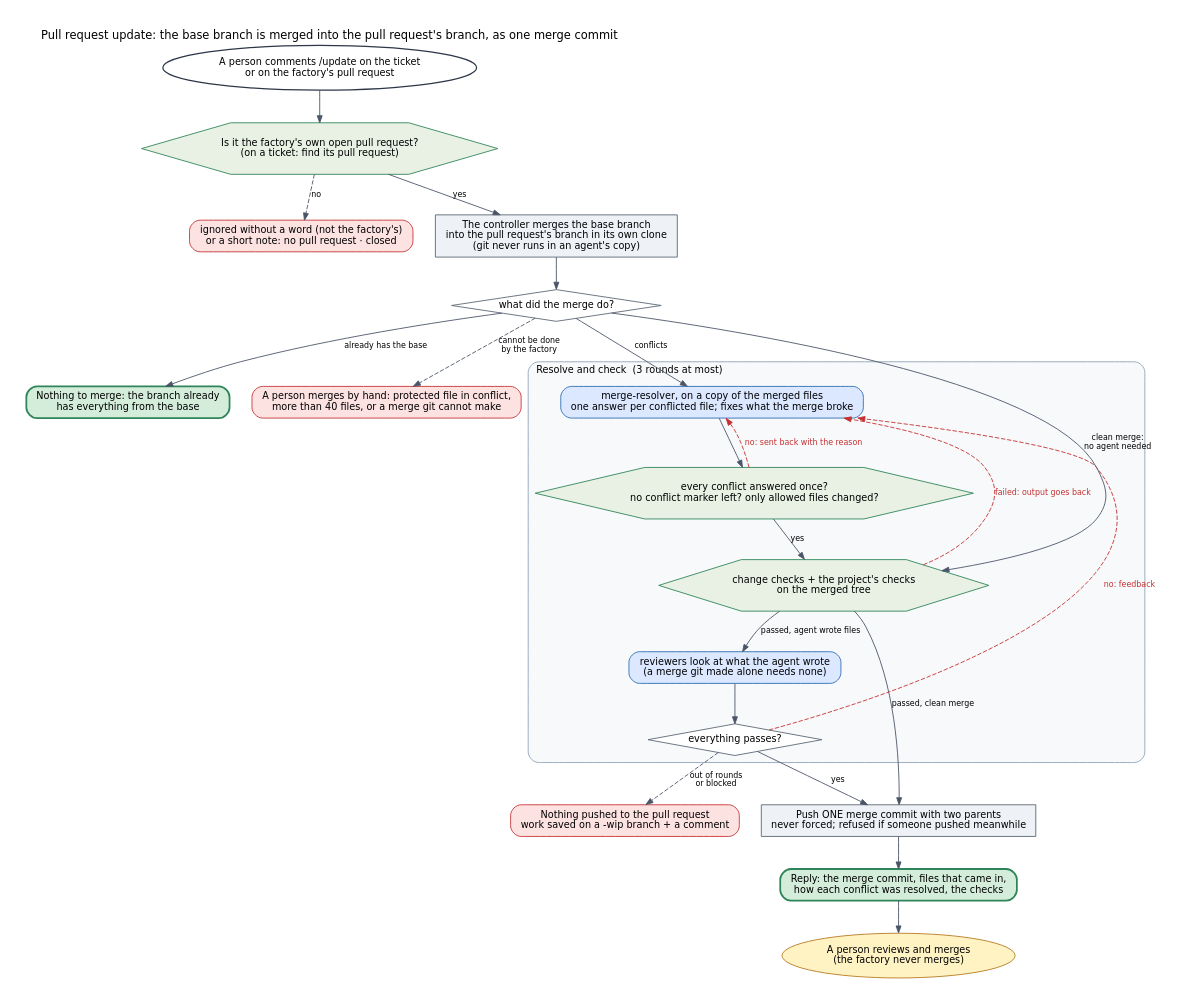
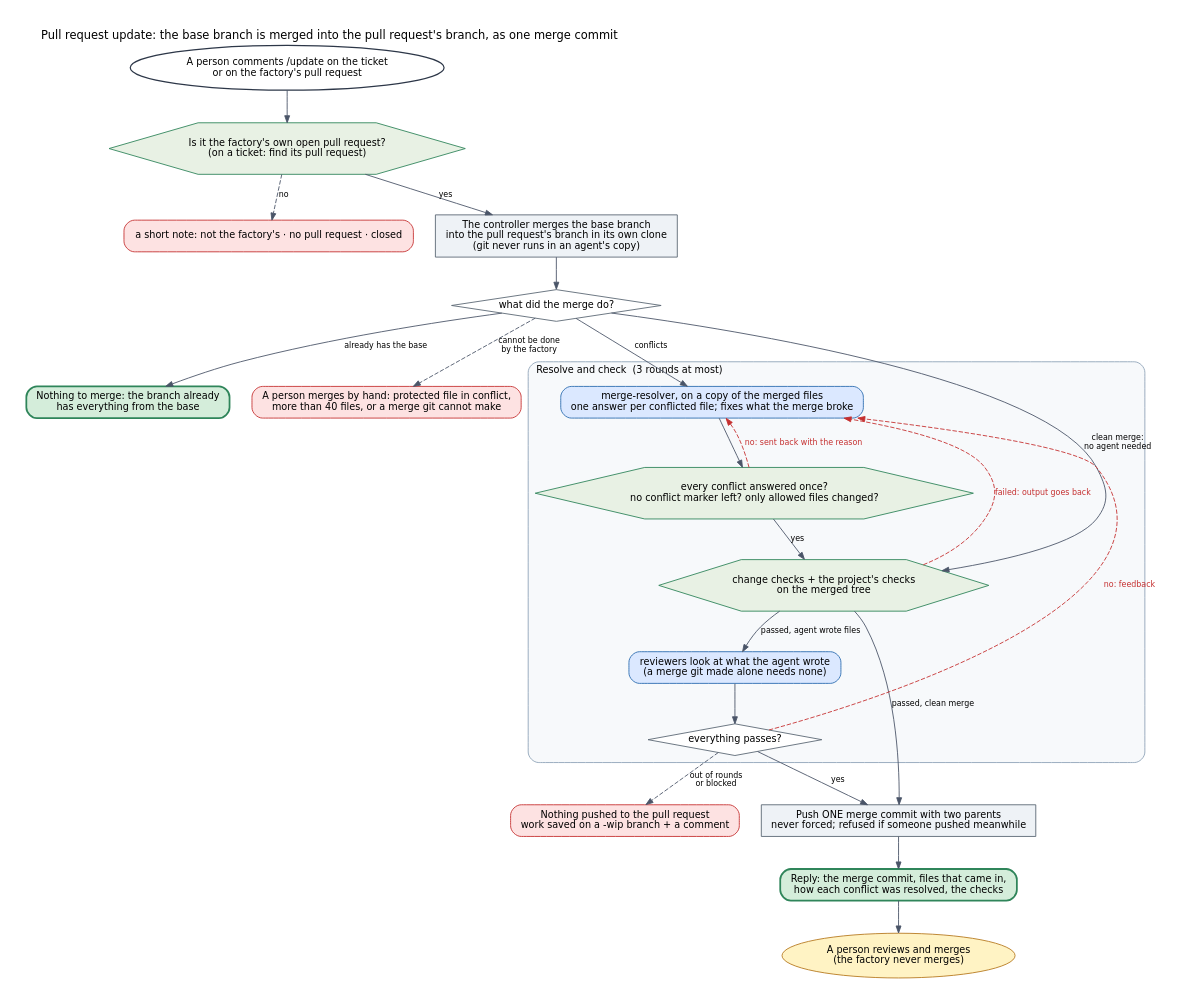
Before and after one commit to ai-sdlc-factory/ai-sdlc-factory: the diagram in docs/diagrams/pr-update.dot, drawn with Graphviz. The commit also changed 12 other files, not shown here.

First line of the commit message:
Tell a person why /fix and /update on someone else's pull request did nothing

```diff
--- a/docs/diagrams/pr-update.dot
+++ b/docs/diagrams/pr-update.dot
@@ -1,47 +1,47 @@
 digraph pr_update {
   graph [rankdir=TB, fontname="DejaVu Sans", fontsize=13, bgcolor=white, pad=0.3, nodesep=0.35, ranksep=0.5, labelloc=t, labeljust=l, compound=true];
   node  [fontname="DejaVu Sans", fontsize=11, shape=box, style="rounded,filled", margin="0.15,0.08", fillcolor="#eef2f6", color="#5b6773"];
   edge  [fontname="DejaVu Sans", fontsize=9, color="#4a5568", arrowsize=0.8];
   label="Pull request update: the base branch is merged into the pull request's branch, as one merge commit";
 
   start  [label="A person comments /update on the ticket\nor on the factory's pull request", shape=oval, style="filled", fillcolor="#ffffff", color="#2d3748", penwidth=1.4];
   rules  [label="Is it the factory's own open pull request?\n(on a ticket: find its pull request)", shape=hexagon, style="filled", fillcolor="#e8f1e4", color="#2f855a"];
-  refuse [label="ignored without a word (not the factory's)\nor a short note: no pull request · closed", shape=box, style="rounded,filled", fillcolor="#fde2e2", color="#c53030"];
+  refuse [label="a short note: not the factory's · no pull request · closed", shape=box, style="rounded,filled", fillcolor="#fde2e2", color="#c53030"];
   merge  [label="The controller merges the base branch\ninto the pull request's branch in its own clone\n(git never runs in an agent's copy)", shape=box, style="filled", fillcolor="#eef2f6", color="#5b6773"];
   state  [label="what did the merge do?", shape=diamond, style="filled", fillcolor="#ffffff", color="#5b6773", margin="0.05,0.05"];
   uptodate [label="Nothing to merge: the branch already\nhas everything from the base", shape=box, style="rounded,filled,bold", fillcolor="#d4edda", color="#2f855a"];
   giveup [label="A person merges by hand: protected file in conflict,\nmore than 40 files, or a merge git cannot make", shape=box, style="rounded,filled", fillcolor="#fde2e2", color="#c53030"];
 
   subgraph cluster_loop {
     label="Resolve and check  (3 rounds at most)"; style="rounded,filled"; color="#8fa3b8"; fillcolor="#f7f9fb"; fontsize=11;
     resolver [label="merge-resolver, on a copy of the merged files\none answer per conflicted file; fixes what the merge broke", shape=box, style="rounded,filled", fillcolor="#dbe8ff", color="#2b6cb0"];
     markers  [label="every conflict answered once?\nno conflict marker left? only allowed files changed?", shape=hexagon, style="filled", fillcolor="#e8f1e4", color="#2f855a"];
     checks   [label="change checks + the project's checks\non the merged tree", shape=hexagon, style="filled", fillcolor="#e8f1e4", color="#2f855a"];
     reviewers[label="reviewers look at what the agent wrote\n(a merge git made alone needs none)", shape=box, style="rounded,filled", fillcolor="#dbe8ff", color="#2b6cb0"];
     ok       [label="everything passes?", shape=diamond, style="filled", fillcolor="#ffffff", color="#5b6773", margin="0.05,0.05"];
   }
   push   [label="Push ONE merge commit with two parents\nnever forced; refused if someone pushed meanwhile", shape=box, style="filled", fillcolor="#eef2f6", color="#5b6773"];
   reply  [label="Reply: the merge commit, files that came in,\nhow each conflict was resolved, the checks", shape=box, style="rounded,filled,bold", fillcolor="#d4edda", color="#2f855a"];
   again  [label="A person reviews and merges\n(the factory never merges)", shape=ellipse, style="filled", fillcolor="#fff3c4", color="#b7791f"];
   wip    [label="Nothing pushed to the pull request\nwork saved on a -wip branch + a comment", shape=box, style="rounded,filled", fillcolor="#fde2e2", color="#c53030"];
 
   start -> rules;
   rules -> refuse [label="no", style=dashed];
   rules -> merge [label="yes"];
   merge -> state;
   state -> uptodate [label="already has the base"];
   state -> giveup [label="cannot be done\nby the factory", style=dashed];
   state -> resolver [label="conflicts"];
   state -> checks [label="clean merge:\nno agent needed"];
   resolver -> markers;
   markers -> resolver [label="no: sent back with the reason", style=dashed, color="#c53030", fontcolor="#c53030", constraint=false];
   markers -> checks [label="yes"];
   checks -> reviewers [label="passed, agent wrote files"];
   checks -> push [label="passed, clean merge"];
   checks -> resolver [label="failed: output goes back", style=dashed, color="#c53030", fontcolor="#c53030", constraint=false];
   reviewers -> ok;
   ok -> push [label="yes"];
   ok -> resolver [label="no: feedback", style=dashed, color="#c53030", fontcolor="#c53030", constraint=false];
   ok -> wip [label="out of rounds\nor blocked", style=dashed];
   push -> reply -> again;
 }
```
